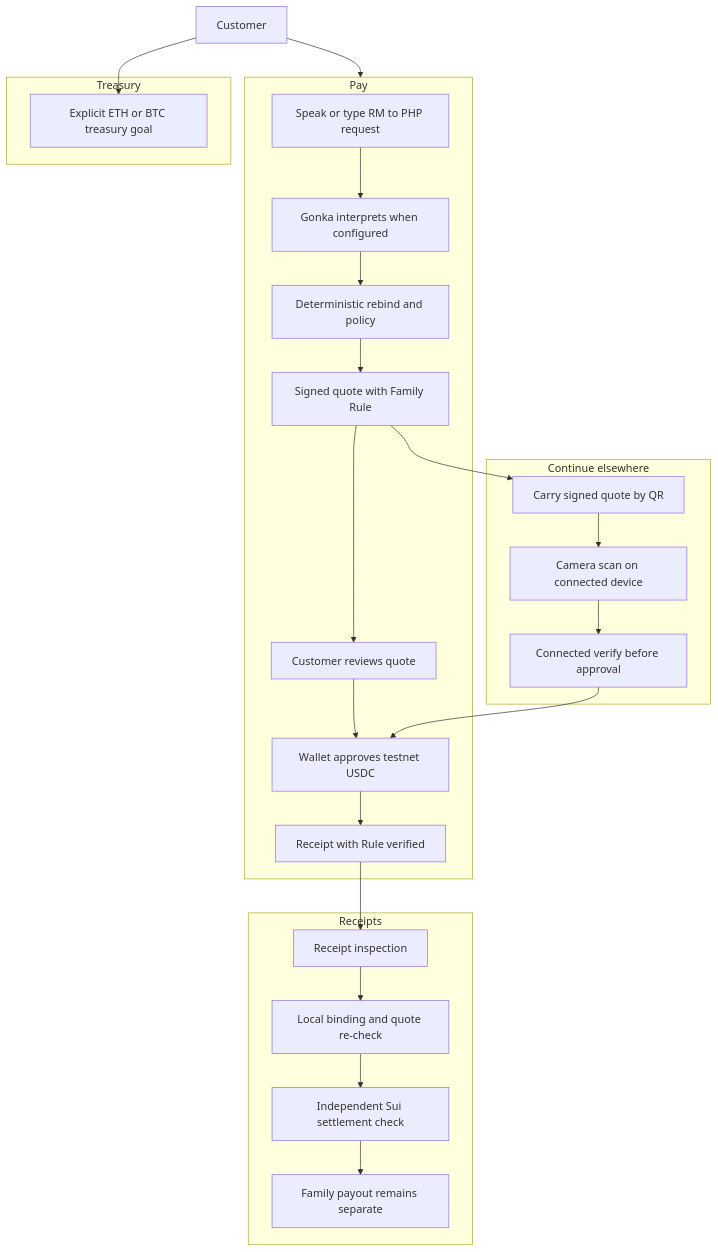
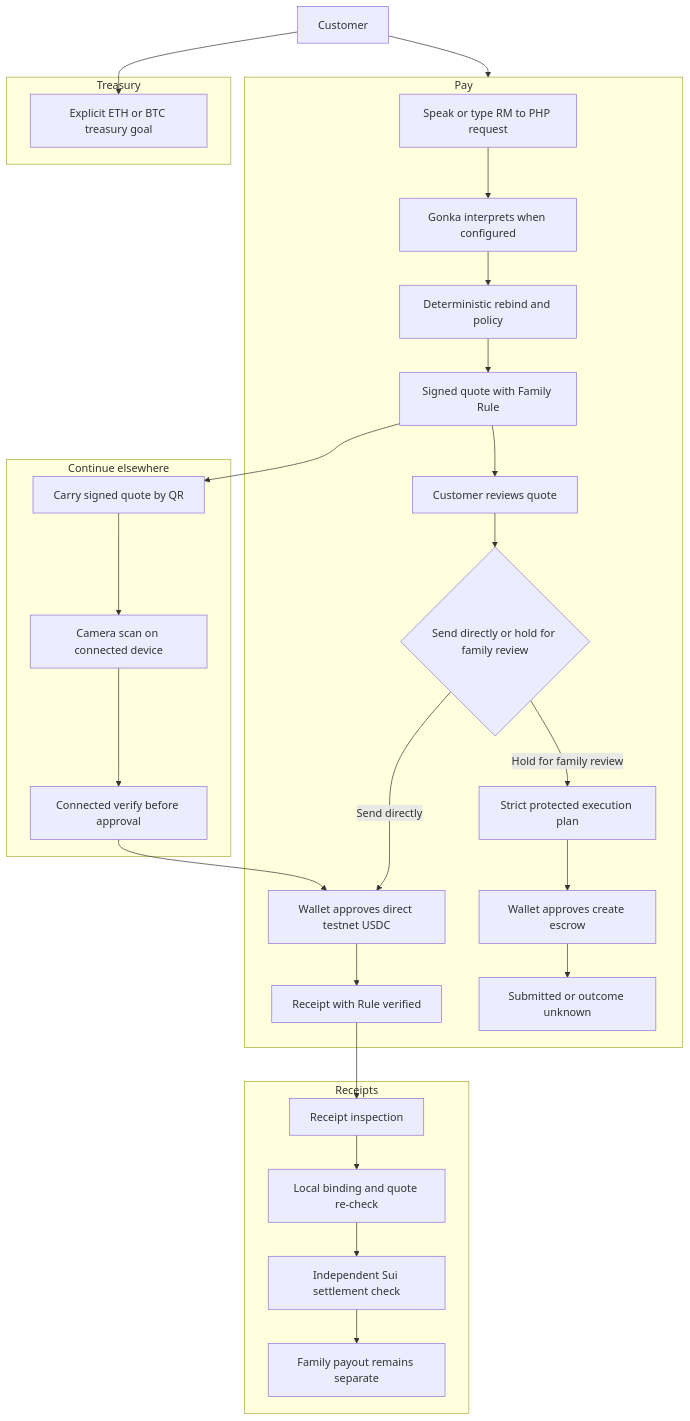
One commit to MUBA-Hack/convey-sui changed the first of 4 diagrams in README.md. Above: the diagram before and after it, drawn with Mermaid. The commit also changed other lines of this file and 12 other files, not shown here.

````diff
--- a/README.md
+++ b/README.md
@@ -428,40 +444,46 @@
 ```mermaid
 flowchart TB
   Customer["Customer"]
 
   subgraph Pay["Pay"]
     Request["Speak or type RM to PHP request"]
     Interpret["Gonka interprets when configured"]
     Rebind["Deterministic rebind and policy"]
     Quote["Signed quote with Family Rule"]
     Review["Customer reviews quote"]
-    Wallet["Wallet approves testnet USDC"]
+    Choice{"Send directly or hold for family review"}
+    DirectWallet["Wallet approves direct testnet USDC"]
+    HoldPlan["Strict protected execution plan"]
+    HoldWallet["Wallet approves create escrow"]
     Receipt["Receipt with Rule verified"]
-    Request --> Interpret --> Rebind --> Quote --> Review --> Wallet --> Receipt
+    HoldStatus["Submitted or outcome unknown"]
+    Request --> Interpret --> Rebind --> Quote --> Review --> Choice
+    Choice -->|Send directly| DirectWallet --> Receipt
+    Choice -->|Hold for family review| HoldPlan --> HoldWallet --> HoldStatus
   end
 
   subgraph Carry["Continue elsewhere"]
     Qr["Carry signed quote by QR"]
     Scan["Camera scan on connected device"]
     QuoteCheck["Connected verify before approval"]
     Qr --> Scan --> QuoteCheck
   end
 
   subgraph Protect["Treasury"]
     Eth["Explicit ETH or BTC treasury goal"]
   end
 
   subgraph ReceiptsArea["Receipts"]
     ReceiptReview["Receipt inspection"]
     ReceiptEvidence["Local binding and quote re-check"]
     SuiCheck["Independent Sui settlement check"]
     PayoutState["Family payout remains separate"]
     ReceiptReview --> ReceiptEvidence --> SuiCheck --> PayoutState
   end
 
   Customer --> Pay
   Quote --> Qr
-  QuoteCheck --> Wallet
+  QuoteCheck --> DirectWallet
   Customer --> Eth
   Receipt --> ReceiptReview
 ```
````
